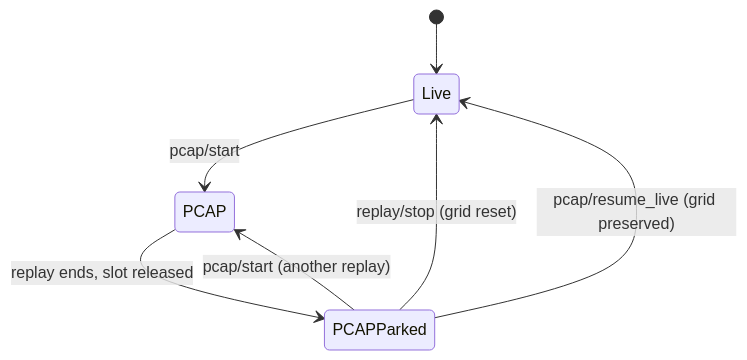
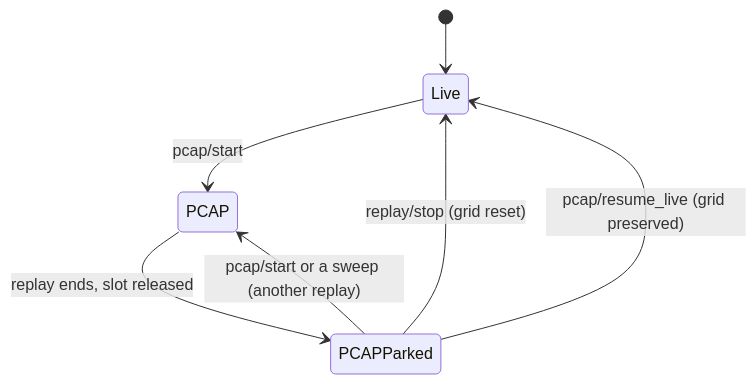
The first of 2 diagrams in docs/lidar/operations/pcap-analysis-mode.md (banshee-data/velocity.report), drawn with Mermaid before and after one commit. The commit also changed other lines of this file and 12 other files, not shown here.

````diff
--- a/docs/lidar/operations/pcap-analysis-mode.md
+++ b/docs/lidar/operations/pcap-analysis-mode.md
@@ -309,9 +309,9 @@
 ```mermaid
 stateDiagram-v2
 	[*] --> Live
 	Live --> PCAP: pcap/start
 	PCAP --> PCAPParked: replay ends, slot released
-	PCAPParked --> PCAP: pcap/start (another replay)
+	PCAPParked --> PCAP: pcap/start or a sweep (another replay)
 	PCAPParked --> Live: replay/stop (grid reset)
 	PCAPParked --> Live: pcap/resume_live (grid preserved)
 ```
````
